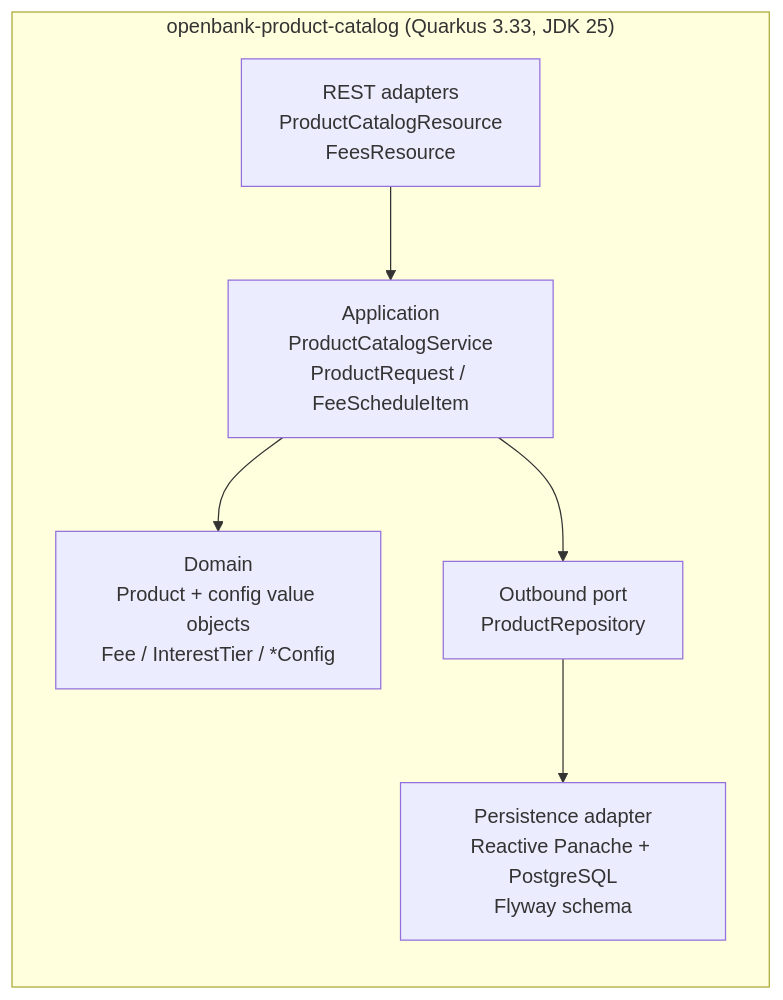
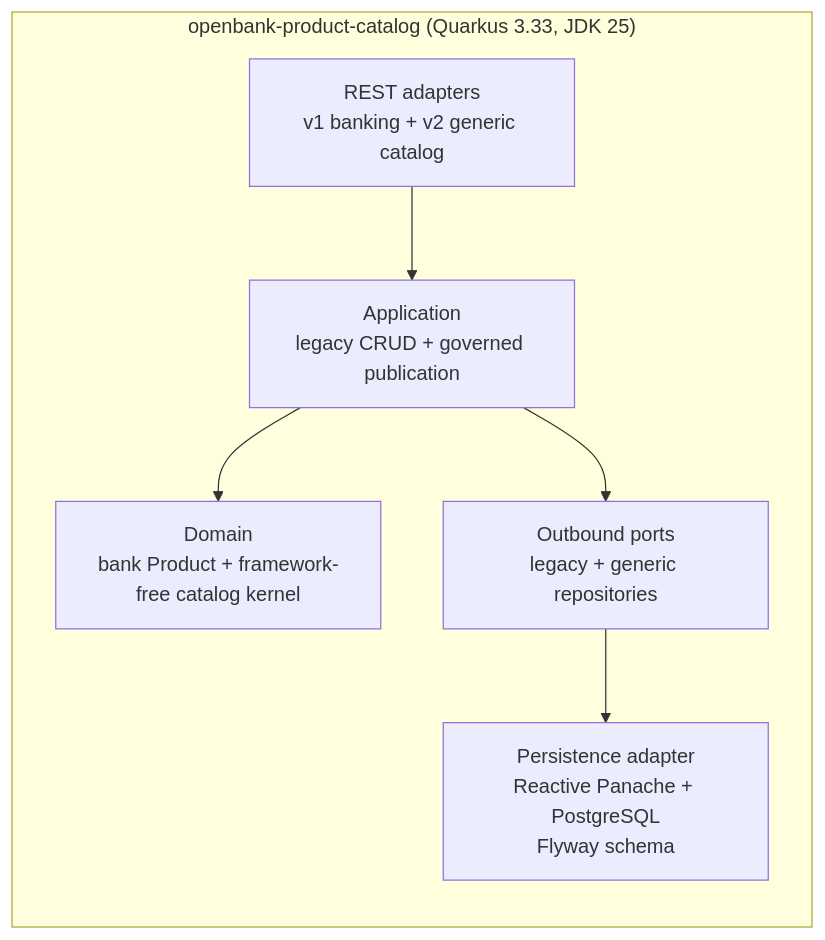
One commit to JiRaska/open-bank-oss changed the second of 2 diagrams in openbank-product-catalog/src/main/resources/docs/02-architecture.en.md. Above: the diagram before and after it, drawn with Mermaid. The commit also changed other lines of this file and 34 other files, not shown here.

Commit message:
feat(product-catalog)!: add governed generic catalog

````diff
--- a/openbank-product-catalog/src/main/resources/docs/02-architecture.en.md
+++ b/openbank-product-catalog/src/main/resources/docs/02-architecture.en.md
@@ -31,16 +32,16 @@
 ```mermaid
 graph TB
   subgraph "openbank-product-catalog (Quarkus 3.33, JDK 25)"
     direction TB
-    rest[REST adapters<br/>ProductCatalogResource<br/>FeesResource]
-    app[Application<br/>ProductCatalogService<br/>ProductRequest / FeeScheduleItem]
-    dom[Domain<br/>Product + config value objects<br/>Fee / InterestTier / *Config]
-    port[Outbound port<br/>ProductRepository]
+    rest[REST adapters<br/>v1 banking + v2 generic catalog]
+    app[Application<br/>legacy CRUD + governed publication]
+    dom[Domain<br/>bank Product + framework-free catalog kernel]
+    port[Outbound ports<br/>legacy + generic repositories]
     store[Persistence adapter<br/>Reactive Panache + PostgreSQL<br/>Flyway schema]
   end
 
   rest --> app
   app --> dom
   app --> port
   port --> store
 ```
````
